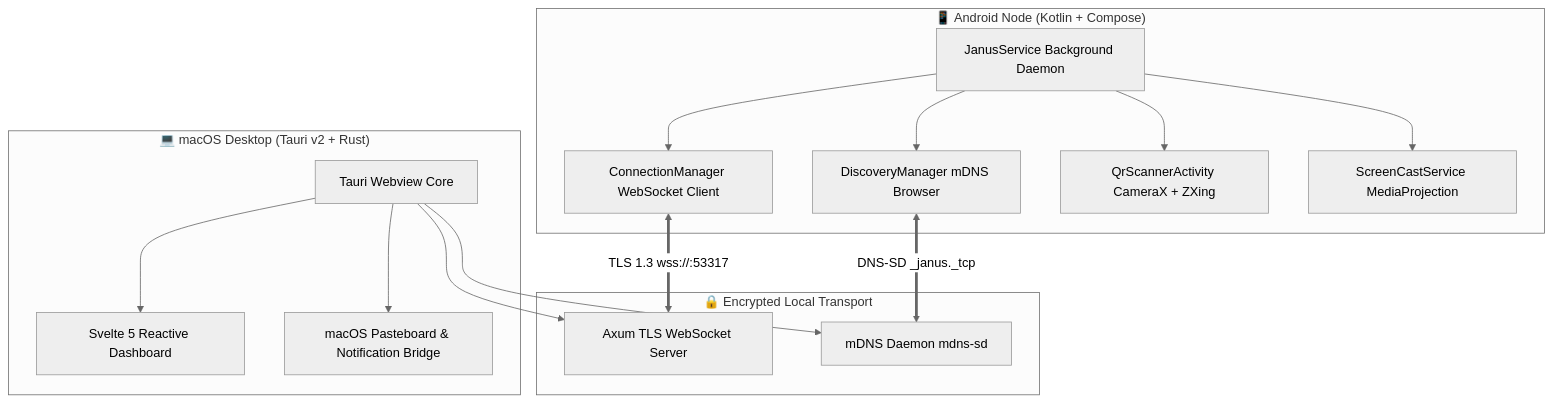
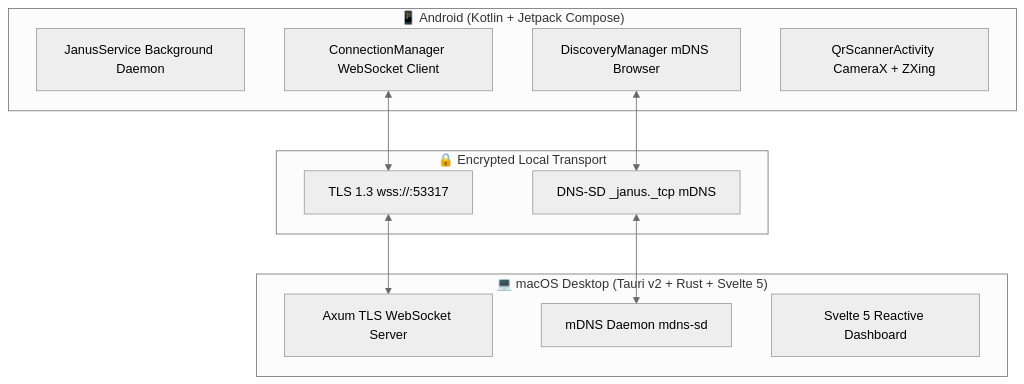
Before and after one commit to Basithmd024/janus: the diagram in README.md, drawn with Mermaid (neutral theme). The commit also changed other lines of this file, not shown here.

Commit message:
docs: complete installation guide with verified commands for Mac desktop, Android APK, USB/wireless/manual install, and permissions setup

````diff
--- a/README.md
+++ b/README.md
@@ -65,21 +54,23 @@
 ```mermaid
 graph TD
-    subgraph Android["📱 Android Node (Kotlin + Compose)"]
-        A1[JanusService Background Daemon] --> A2[ConnectionManager WebSocket Client]
-        A1 --> A3[DiscoveryManager mDNS Browser]
-        A1 --> A4[QrScannerActivity CameraX + ZXing]
-        A1 --> A5[ScreenCastService MediaProjection]
+    subgraph Android["📱 Android (Kotlin + Jetpack Compose)"]
+        A1[JanusService Background Daemon]
+        A2[ConnectionManager WebSocket Client]
+        A3[DiscoveryManager mDNS Browser]
+        A4[QrScannerActivity CameraX + ZXing]
     end
 
     subgraph Transport["🔒 Encrypted Local Transport"]
-        A2 <== TLS 1.3 wss://:53317 ==> M2
-        A3 <== DNS-SD _janus._tcp ==> M3
+        T1["TLS 1.3 wss://:53317"]
+        T2["DNS-SD _janus._tcp mDNS"]
     end
 
-    subgraph macOS["💻 macOS Desktop (Tauri v2 + Rust)"]
-        M1[Tauri Webview Core] --> M2[Axum TLS WebSocket Server]
-        M1 --> M3[mDNS Daemon mdns-sd]
-        M1 --> M4[Svelte 5 Reactive Dashboard]
-        M1 --> M5[macOS Pasteboard & Notification Bridge]
+    subgraph macOS["💻 macOS Desktop (Tauri v2 + Rust + Svelte 5)"]
+        M1[Axum TLS WebSocket Server]
+        M2[mDNS Daemon mdns-sd]
+        M3[Svelte 5 Reactive Dashboard]
     end
+
+    A2 <--> T1 <--> M1
+    A3 <--> T2 <--> M2
 ```
````
